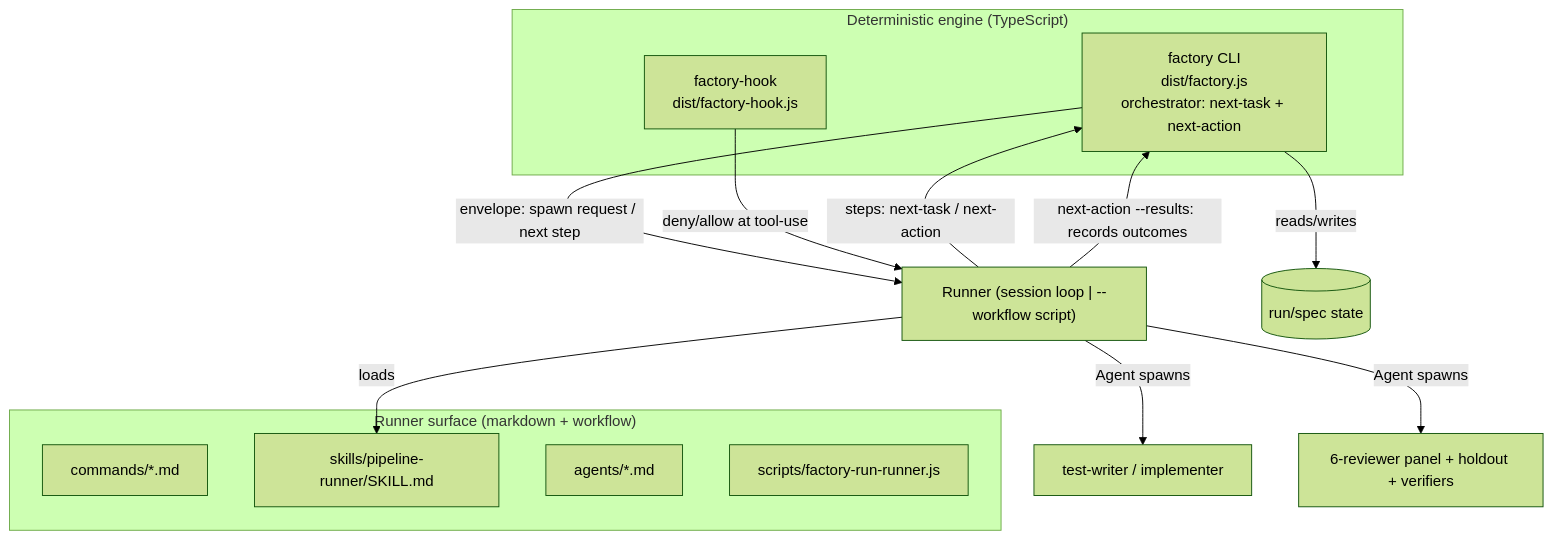
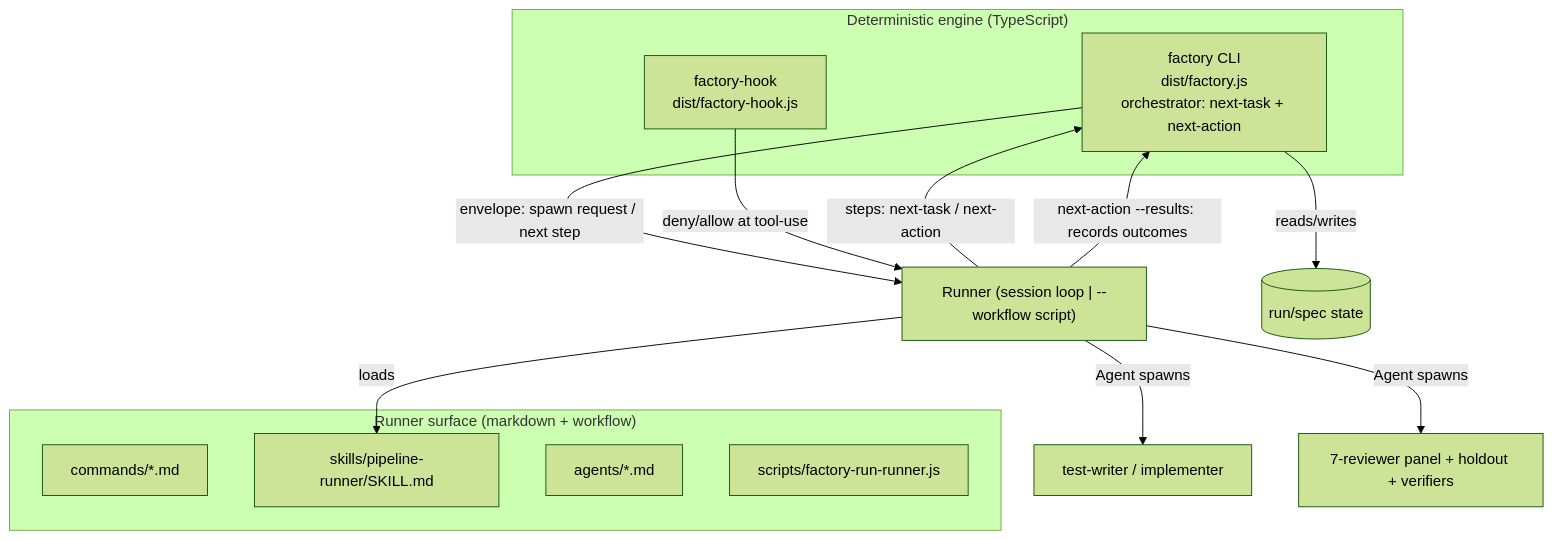
Before and after one commit to jfa94/factory: the second of 3 diagrams in docs/architecture/overview.md, drawn with Mermaid (forest theme). The commit also changed other lines of this file and 9 other files, not shown here.

````diff
--- a/docs/architecture/overview.md
+++ b/docs/architecture/overview.md
@@ -35,23 +35,23 @@
 ```mermaid
 graph TD
   subgraph Surface["Runner surface (markdown + workflow)"]
     Cmd[commands/*.md]
     Skill[skills/pipeline-runner/SKILL.md]
     Agents[agents/*.md]
     WF[scripts/factory-run-runner.js]
   end
 
   subgraph Engine["Deterministic engine (TypeScript)"]
     CLI[factory CLI<br/>dist/factory.js<br/>orchestrator: next-task + next-action]
     Hook[factory-hook<br/>dist/factory-hook.js]
   end
 
   Runner["Runner (session loop | --workflow script)"] -->|loads| Skill
   Runner -->|steps: next-task / next-action| CLI
   CLI -->|envelope: spawn request / next step| Runner
   Runner -->|Agent spawns| Producers[test-writer / implementer]
-  Runner -->|Agent spawns| Panel[6-reviewer panel + holdout + verifiers]
+  Runner -->|Agent spawns| Panel[7-reviewer panel + holdout + verifiers]
   Runner -->|next-action --results: records outcomes| CLI
   CLI -->|reads/writes| State[(run/spec state)]
   Hook -->|deny/allow at tool-use| Runner
 ```
````
